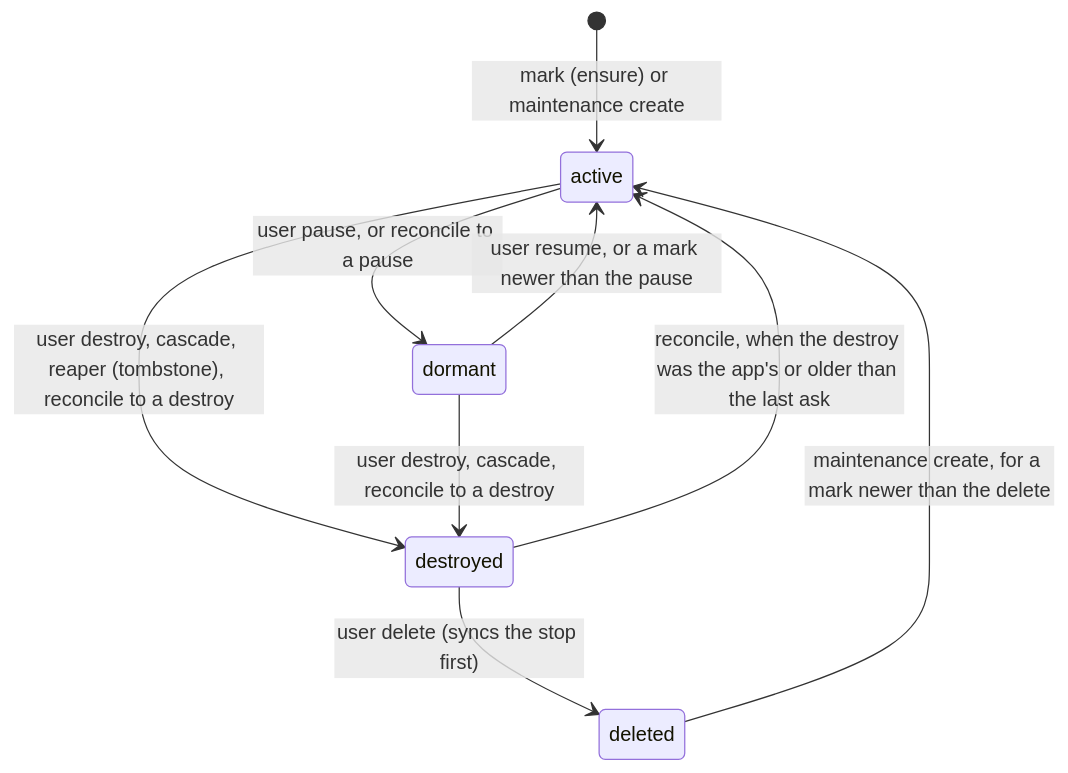
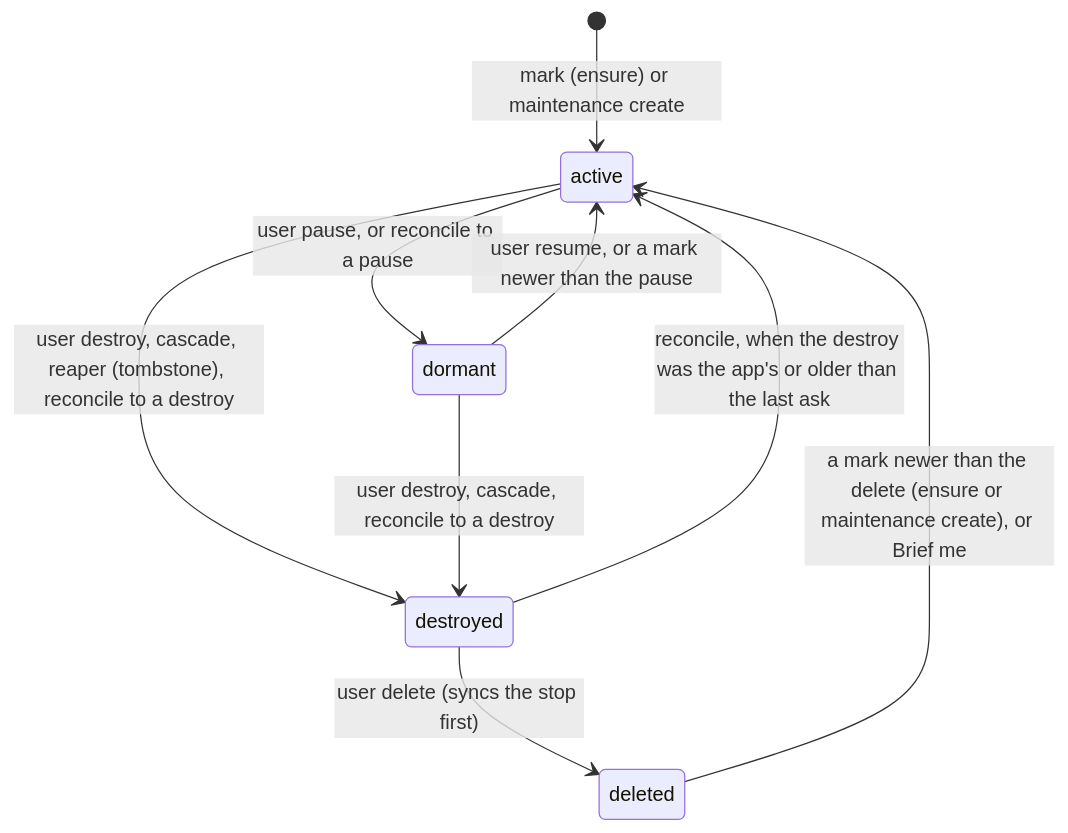
One commit to matthiasn/lotti changed the sixth of 16 diagrams in knowledge/features/relationships.md. Above: the diagram before and after it, drawn with Mermaid. The commit also changed other lines of this file and 13 other files, not shown here.

````diff
--- a/knowledge/features/relationships.md
+++ b/knowledge/features/relationships.md
@@ -819,11 +825,11 @@
 ```mermaid
 stateDiagram-v2
   [*] --> active: mark (ensure) or maintenance create
   active --> dormant: user pause, or reconcile to a pause
   dormant --> active: user resume, or a mark newer than the pause
   active --> destroyed: user destroy, cascade, reaper (tombstone), reconcile to a destroy
   dormant --> destroyed: user destroy, cascade, reconcile to a destroy
   destroyed --> active: reconcile, when the destroy was the app's or older than the last ask
   destroyed --> deleted: user delete (syncs the stop first)
-  deleted --> active: maintenance create, for a mark newer than the delete
+  deleted --> active: a mark newer than the delete (ensure or maintenance create), or Brief me
 ```
````
